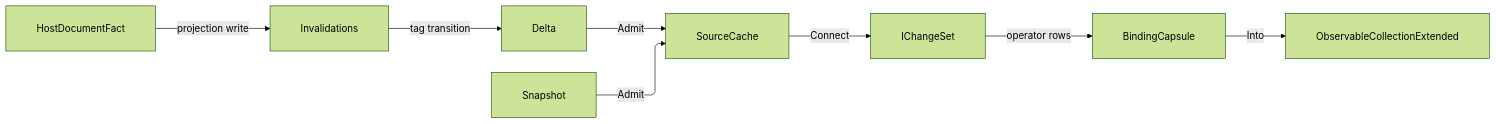
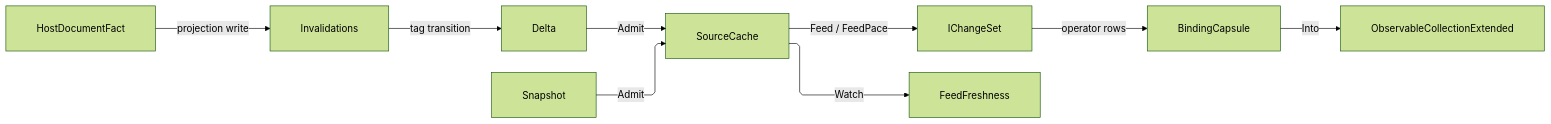
One commit to bsamiee/Rasm changed the first of 2 diagrams in libs/csharp/Rasm.AppUi/.planning/Editing/livedata.md. Above: the diagram before and after it, drawn with Mermaid (forest theme). The commit also changed other lines of this file and 747 other files, not shown here.

````diff
--- a/libs/csharp/Rasm.AppUi/.planning/Editing/livedata.md
+++ b/libs/csharp/Rasm.AppUi/.planning/Editing/livedata.md
@@ -240,19 +333,20 @@
 ```mermaid
 ---
 config:
   layout: elk
   flowchart:
     curve: linear
     padding: 25
 ---
 flowchart LR
     accTitle: Live-data admission spine
-    accDescr: Host facts and snapshots converge through typed admission into one source cache, change-set pipeline, binding capsule, and collection.
+    accDescr: Host facts and snapshots converge through typed admission into one source cache, paced feed, change-set pipeline, binding capsule, and collection.
     HostDocumentFact -->|projection write| Invalidations
     Invalidations -->|tag transition| Delta
     Snapshot -->|Admit| SourceCache
     Delta -->|Admit| SourceCache
-    SourceCache -->|Connect| IChangeSet
+    SourceCache -->|Feed / FeedPace| IChangeSet
     IChangeSet -->|operator rows| BindingCapsule
     BindingCapsule -->|Into| ObservableCollectionExtended
+    SourceCache -->|Watch| FeedFreshness
 ```
````
